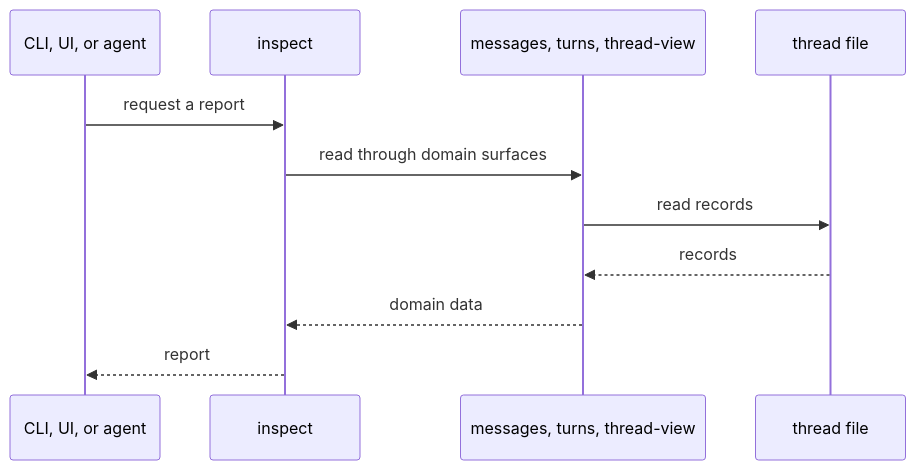
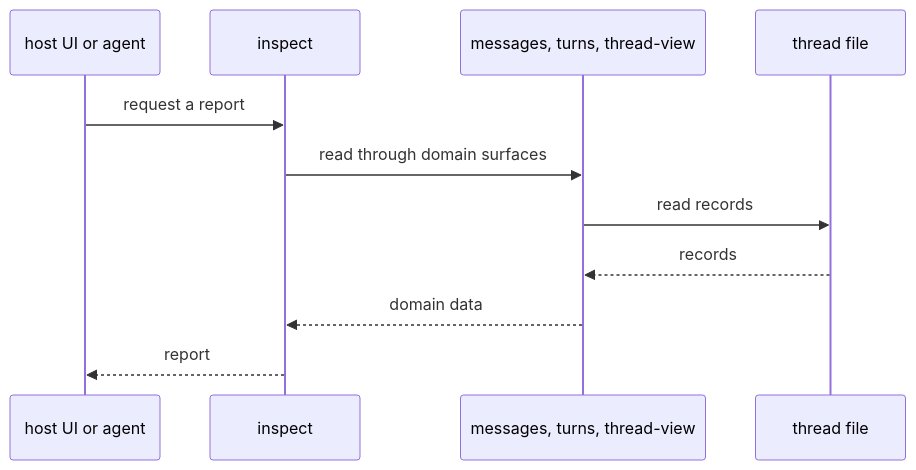
One commit to liminal-ai/long-horizon-context changed diagram 11 of 11 in docs/onboard/02-domain-design.md. Above: the diagram before and after it, drawn with Mermaid. The commit also changed other lines of this file and 271 other files, not shown here.

````diff
--- a/docs/onboard/02-domain-design.md
+++ b/docs/onboard/02-domain-design.md
@@ -386,13 +380,13 @@
 ```mermaid
 sequenceDiagram
-  participant C as CLI, UI, or agent
+  participant C as host UI or agent
   participant N as inspect
   participant D as messages, turns, thread-view
   participant F as thread file
   C->>N: request a report
   N->>D: read through domain surfaces
   D->>F: read records
   F-->>D: records
   D-->>N: domain data
   N-->>C: report
 ```
````
